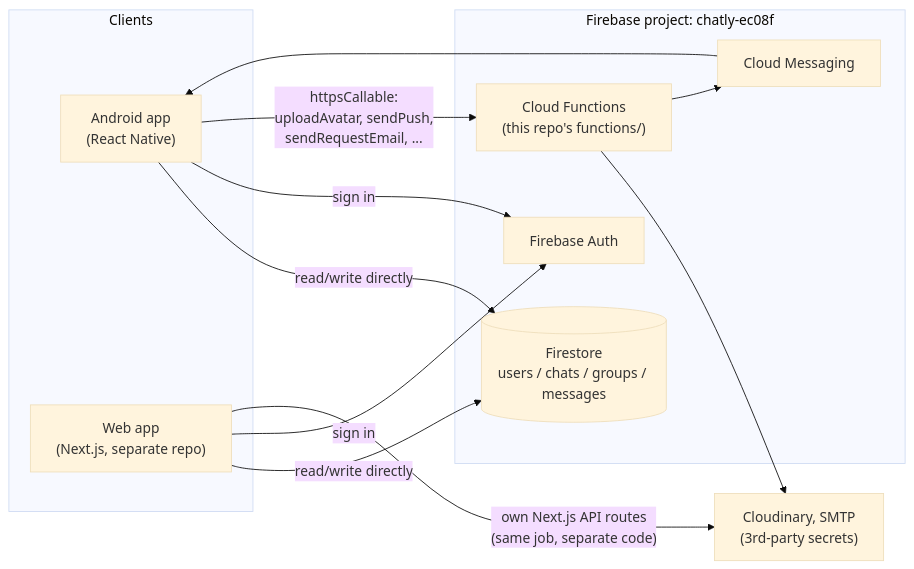
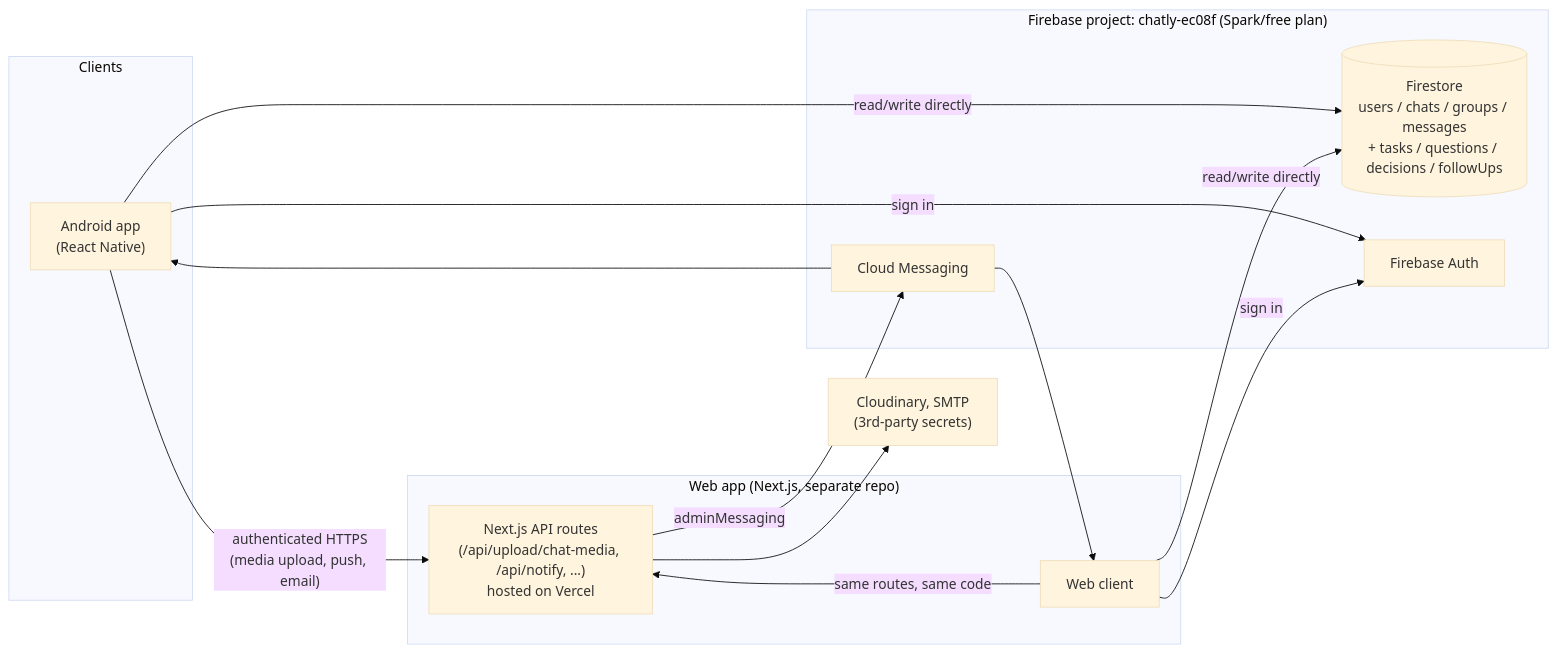
One commit to mzeeshanh-dev/chatly-android-app changed the diagram in README.md. Above: the diagram before and after it, drawn with Mermaid (base theme). The commit also changed other lines of this file and 45 other files, not shown here.

````diff
--- a/README.md
+++ b/README.md
@@ -49,26 +65,30 @@
 ```mermaid
 flowchart LR
     subgraph Clients
         M["Android app\n(React Native)"]
-        W["Web app\n(Next.js, separate repo)"]
     end
 
-    subgraph Firebase["Firebase project: chatly-ec08f"]
-        FS[("Firestore\nusers / chats / groups / messages")]
+    subgraph WebApp["Web app (Next.js, separate repo)"]
+        WC["Web client"]
+        API["Next.js API routes\n(/api/upload/chat-media, /api/notify, ...)\nhosted on Vercel"]
+    end
+
+    subgraph Firebase["Firebase project: chatly-ec08f (Spark/free plan)"]
+        FS[("Firestore\nusers / chats / groups / messages\n+ tasks / questions / decisions / followUps")]
         AUTH["Firebase Auth"]
         FCM["Cloud Messaging"]
-        FN["Cloud Functions\n(this repo's functions/)"]
     end
 
     EXT["Cloudinary, SMTP\n(3rd-party secrets)"]
 
     M -- "read/write directly" --> FS
-    W -- "read/write directly" --> FS
+    WC -- "read/write directly" --> FS
     M -- "sign in" --> AUTH
-    W -- "sign in" --> AUTH
-    M -- "httpsCallable:\nuploadAvatar, sendPush,\nsendRequestEmail, ..." --> FN
-    W -- "own Next.js API routes\n(same job, separate code)" --> EXT
-    FN --> EXT
-    FN --> FCM
+    WC -- "sign in" --> AUTH
+    M -- "authenticated HTTPS\n(media upload, push, email)" --> API
+    WC -- "same routes, same code" --> API
+    API --> EXT
+    API -- "adminMessaging" --> FCM
     FCM --> M
+    FCM --> WC
 ```
````
